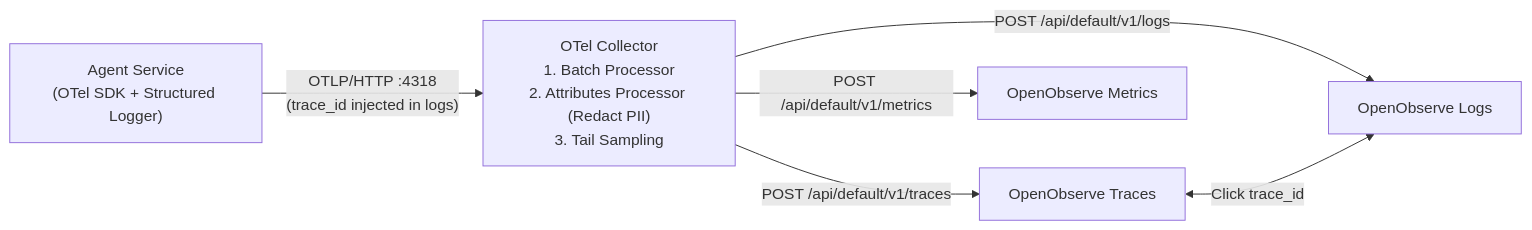
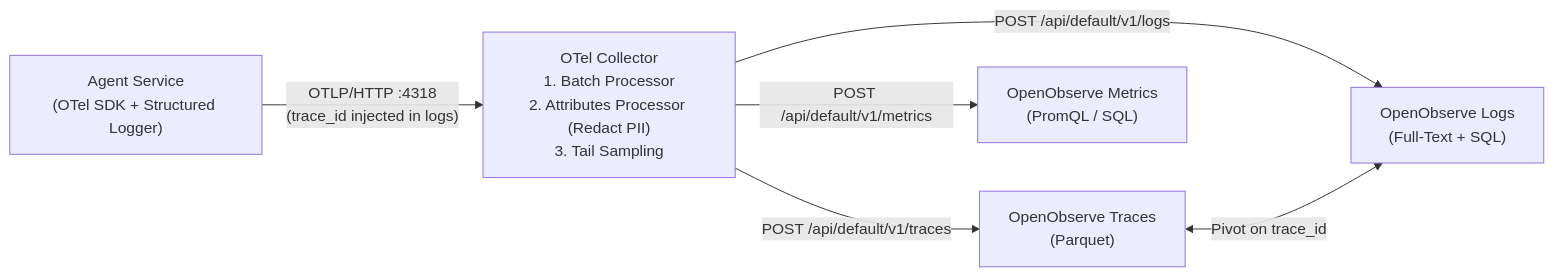
The first of 2 diagrams in Lecture 43 - AI Observability OTel and FOCUS FinOps/notes/02_Shipping_Traces_Metrics_and_Logs_to_OpenObserve.md (Amie-dev/FDE-and-GenAI-Mastery), drawn with Mermaid before and after one commit. The commit also changed other lines of this file and 92 other files, not shown here.

````diff
--- a/Lecture 43 - AI Observability OTel and FOCUS FinOps/notes/02_Shipping_Traces_Metrics_and_Logs_to_OpenObserve.md
+++ b/Lecture 43 - AI Observability OTel and FOCUS FinOps/notes/02_Shipping_Traces_Metrics_and_Logs_to_OpenObserve.md
@@ -76,8 +37,8 @@
 ```mermaid
 flowchart LR
     App["Agent Service<br/>(OTel SDK + Structured Logger)"] -->|"OTLP/HTTP :4318<br/>(trace_id injected in logs)"| Col["OTel Collector<br/>1. Batch Processor<br/>2. Attributes Processor (Redact PII)<br/>3. Tail Sampling"]
-    Col -->|"POST /api/default/v1/traces"| OOT["OpenObserve Traces"]
-    Col -->|"POST /api/default/v1/metrics"| OOM["OpenObserve Metrics"]
-    Col -->|"POST /api/default/v1/logs"| OOL["OpenObserve Logs"]
-    OOT <-->|"Click trace_id"| OOL
+    Col -->|"POST /api/default/v1/traces"| OOT["OpenObserve Traces<br/>(Parquet)"]
+    Col -->|"POST /api/default/v1/metrics"| OOM["OpenObserve Metrics<br/>(PromQL / SQL)"]
+    Col -->|"POST /api/default/v1/logs"| OOL["OpenObserve Logs<br/>(Full-Text + SQL)"]
+    OOT <-->|"Pivot on trace_id"| OOL
 ```
````
